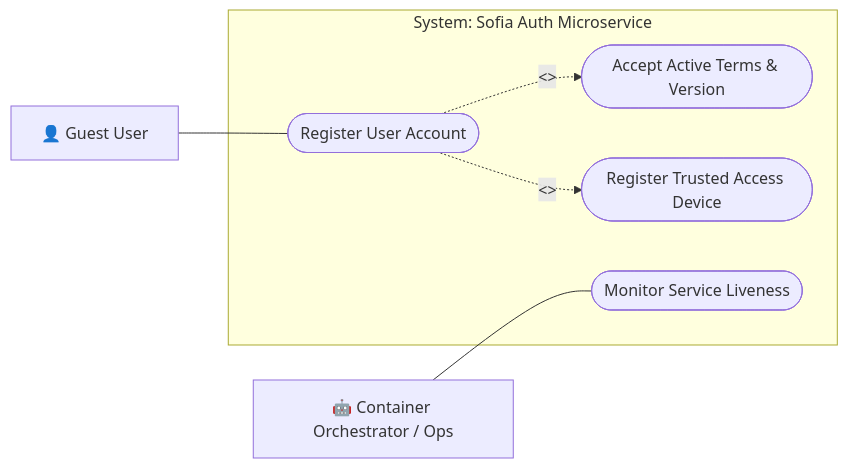
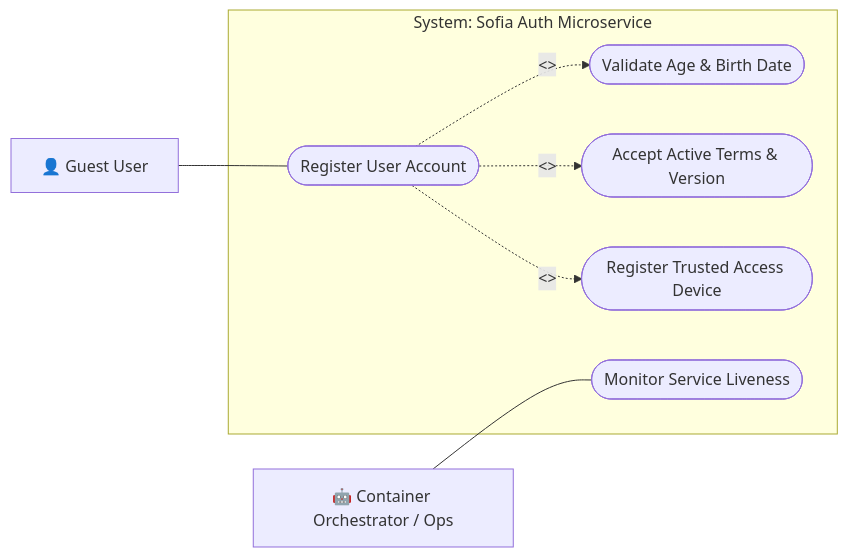
Before and after one commit to pedrovtof/Nievo-Sofia: the diagram in Documentation/config/docs/business-rules/auth-use-cases.md, drawn with Mermaid. The commit also changed other lines of this file and 27 other files, not shown here.

````diff
--- a/Documentation/config/docs/business-rules/auth-use-cases.md
+++ b/Documentation/config/docs/business-rules/auth-use-cases.md
@@ -10,22 +10,24 @@
 ```mermaid
 flowchart LR
     %% Actors
     actor_guest["👤 Guest User"]
     actor_ops["🤖 Container Orchestrator / Ops"]
 
     %% System Boundary
     subgraph AuthSystem ["System: Sofia Auth Microservice"]
         uc_signup(["Register User Account"])
+        uc_validate_age(["Validate Age & Birth Date"])
         uc_accept_terms(["Accept Active Terms & Version"])
         uc_register_device(["Register Trusted Access Device"])
         uc_health(["Monitor Service Liveness"])
 
         %% Include relationships
+        uc_signup -.->|"<<include>>"| uc_validate_age
         uc_signup -.->|"<<include>>"| uc_accept_terms
         uc_signup -.->|"<<include>>"| uc_register_device
     end
 
     %% Actor Associations
     actor_guest --- uc_signup
     actor_ops --- uc_health
 ```
````
